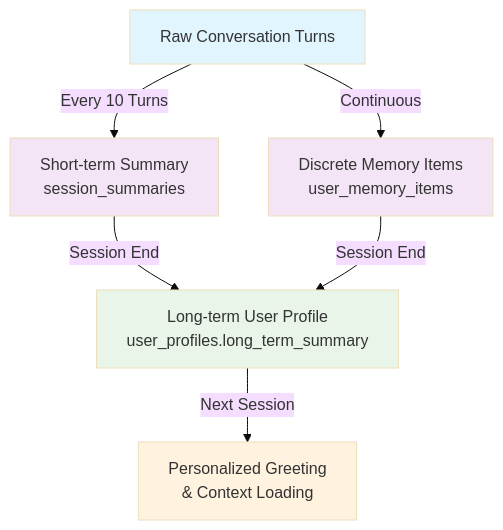
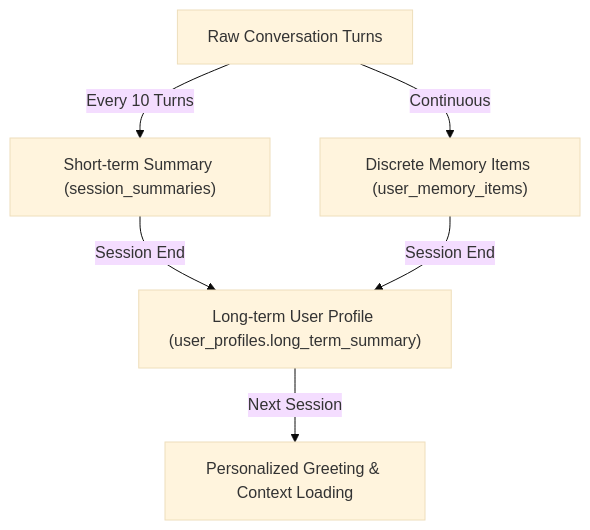
The third of 8 diagrams in README.md (LSG-hub/Project-001), drawn with Mermaid (base theme) before and after one commit. The commit also changed other lines of this file, not shown here.

````diff
--- a/README.md
+++ b/README.md
@@ -204,14 +204,8 @@
 ```mermaid
 graph TD
-    A[Raw Conversation Turns] -->|Every 10 Turns| B[Short-term Summary<br/>session_summaries]
-    A -->|Continuous| C[Discrete Memory Items<br/>user_memory_items]
-    B -->|Session End| D[Long-term User Profile<br/>user_profiles.long_term_summary]
+    A[Raw Conversation Turns] -->|Every 10 Turns| B["Short-term Summary (session_summaries)"]
+    A -->|Continuous| C["Discrete Memory Items (user_memory_items)"]
+    B -->|Session End| D["Long-term User Profile (user_profiles.long_term_summary)"]
     C -->|Session End| D
-    D -->|Next Session| E[Personalized Greeting<br/>& Context Loading]
-    
-    style A fill:#e1f5fe
-    style B fill:#f3e5f5
-    style C fill:#f3e5f5
-    style D fill:#e8f5e8
-    style E fill:#fff3e0
+    D -->|Next Session| E["Personalized Greeting & Context Loading"]
 ```
````
